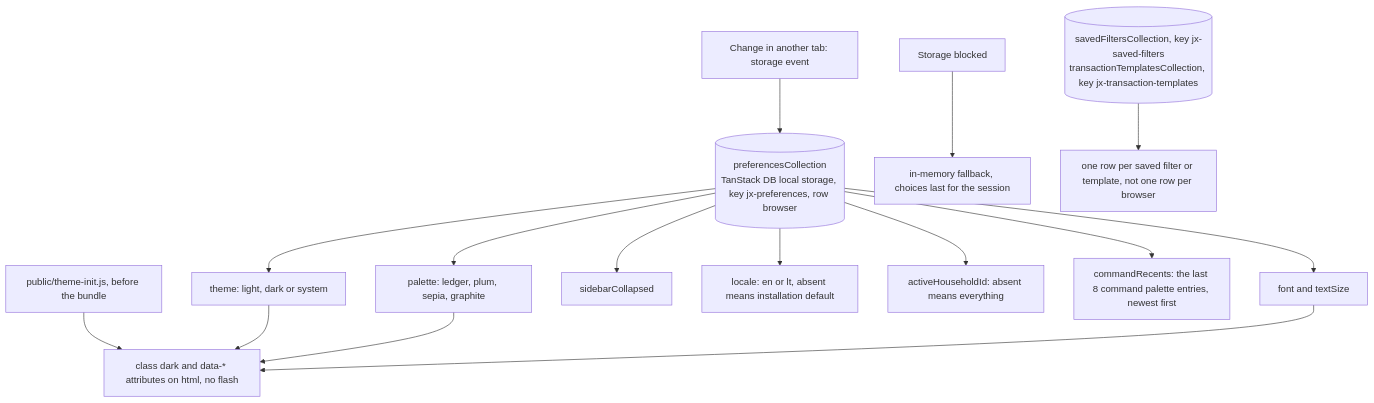
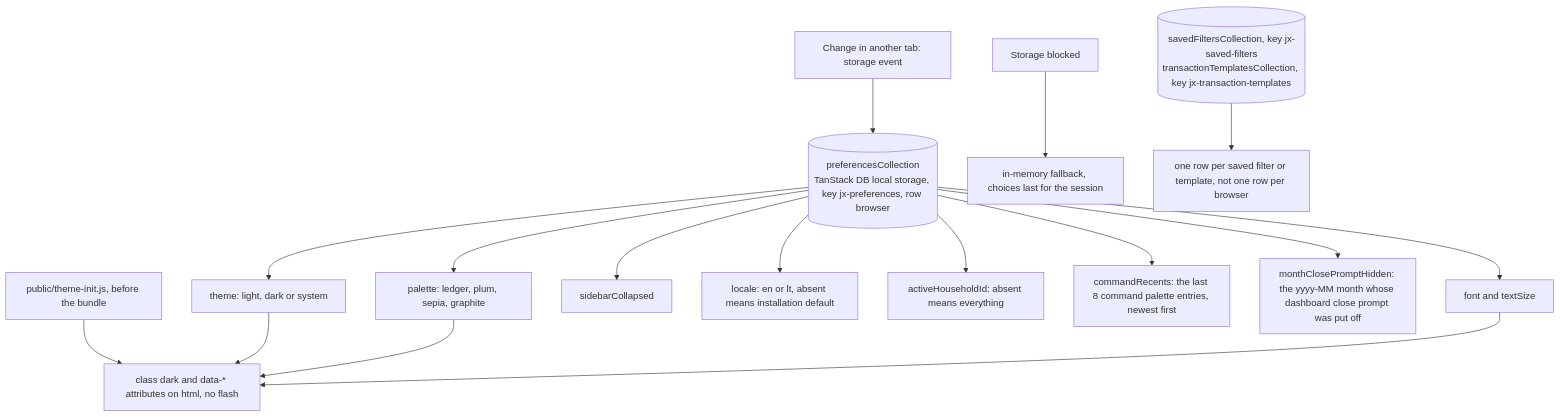
One commit to Justxs/Jx-Finance changed the first of 5 diagrams in docs/features/interface.md. Above: the diagram before and after it, drawn with Mermaid. The commit also changed other lines of this file and 138 other files, not shown here.

````diff
--- a/docs/features/interface.md
+++ b/docs/features/interface.md
@@ -5,17 +5,18 @@
 ```mermaid
 flowchart TD
     Pref[("preferencesCollection<br/>TanStack DB local storage, key jx-preferences, row browser")] --> Theme["theme: light, dark or system"]
     Pref --> Palette["palette: ledger, plum, sepia, graphite"]
     Pref --> Font["font and textSize"]
     Pref --> Side["sidebarCollapsed"]
     Pref --> Loc["locale: en or lt, absent means installation default"]
     Pref --> Hh["activeHouseholdId: absent means everything"]
     Pref --> Recent["commandRecents: the last 8 command palette entries, newest first"]
+    Pref --> Prompt["monthClosePromptHidden: the yyyy-MM month whose dashboard close prompt was put off"]
     Init["public/theme-init.js, before the bundle"] --> Html["class dark and data-* attributes on html, no flash"]
     Theme --> Html
     Palette --> Html
     Font --> Html
     Tab["Change in another tab: storage event"] --> Pref
     Blocked["Storage blocked"] --> Mem["in-memory fallback, choices last for the session"]
     Views[("savedFiltersCollection, key jx-saved-filters<br/>transactionTemplatesCollection, key jx-transaction-templates")] --> Rows["one row per saved filter or template, not one row per browser"]
 ```
````
